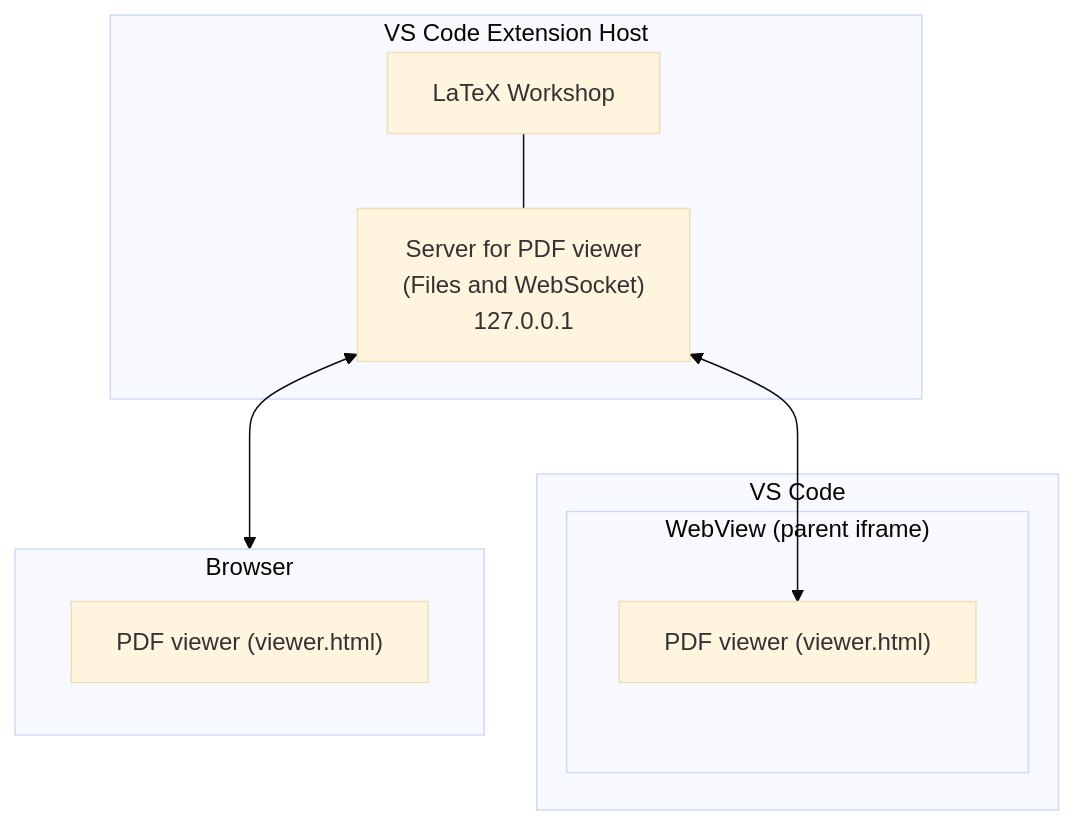
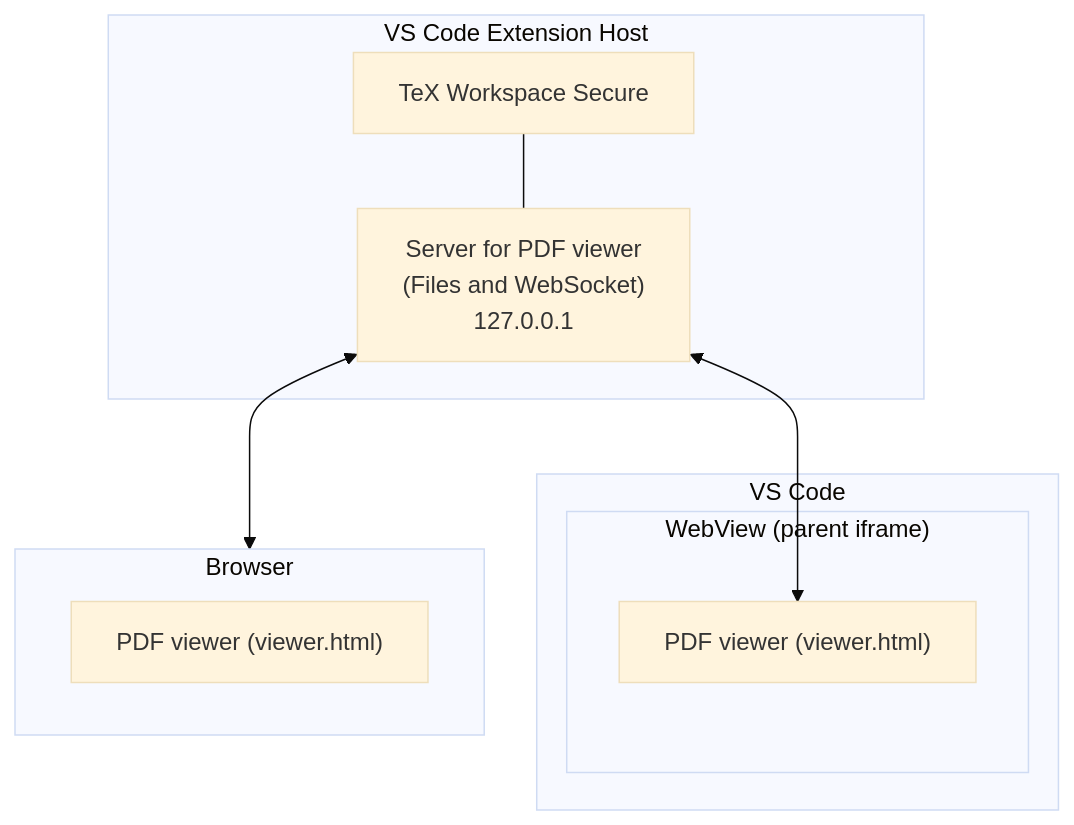
The first of 10 diagrams in viewer/README.md (James-Yu/LaTeX-Workshop), drawn with Mermaid (base theme) before and after one commit. The commit also changed other lines of this file and 68 other files, not shown here.

Commit message:
Create secure enterprise-focused TeX Workspace fork

````diff
--- a/viewer/README.md
+++ b/viewer/README.md
@@ -45,18 +47,18 @@
 ```mermaid
 flowchart TB
   subgraph ExtensionHost["VS Code Extension Host"]
-    LW["LaTeX Workshop"]
+    LW["TeX Workspace Secure"]
     Server["Server for PDF viewer \n(Files and WebSocket)\n127.0.0.1"]
     LW --- Server
   end
   subgraph VSCode["VS Code"]
     subgraph WebView["WebView (parent iframe)"]
       PDFViewer["PDF viewer (viewer.html)"]
     end
   end
   Server <--> PDFViewer
   Server <--> Browser
   subgraph Browser
     PDFViewerB["PDF viewer (viewer.html)"]
   end
 ```
````
